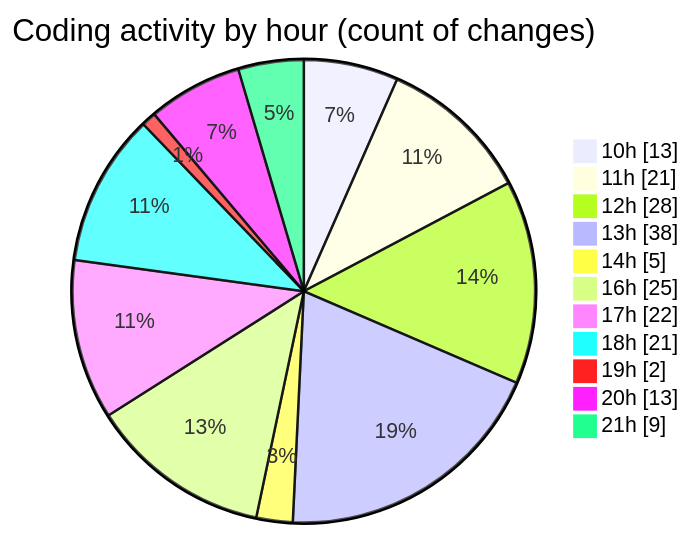
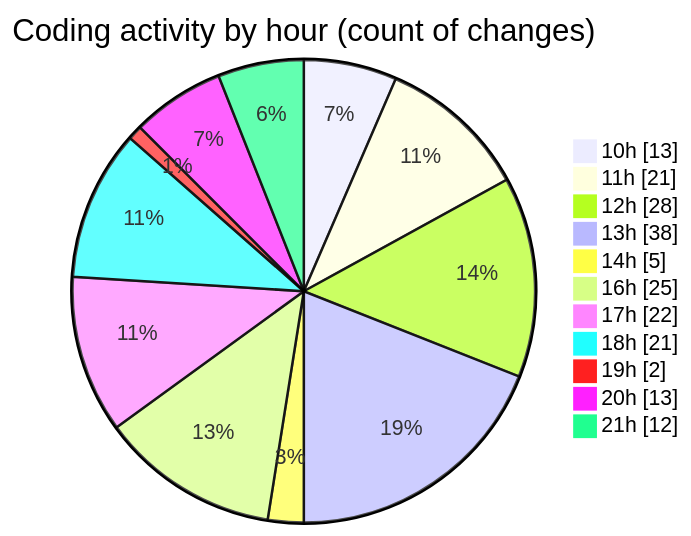
The second of 2 diagrams in 2025-06-19/cda/README.md (momahboobian/code-tracking), drawn with Mermaid before and after one commit. The commit also changed other lines of this file and 1 other file, not shown here.

````diff
--- a/2025-06-19/cda/README.md
+++ b/2025-06-19/cda/README.md
@@ -50,15 +50,15 @@
 ```mermaid
 pie showData
 title Coding activity by hour (count of changes)
 "10h" : 13
 "11h" : 21
 "12h" : 28
 "13h" : 38
 "14h" : 5
 "16h" : 25
 "17h" : 22
 "18h" : 21
 "19h" : 2
 "20h" : 13
-"21h" : 9
+"21h" : 12
 ```
````
